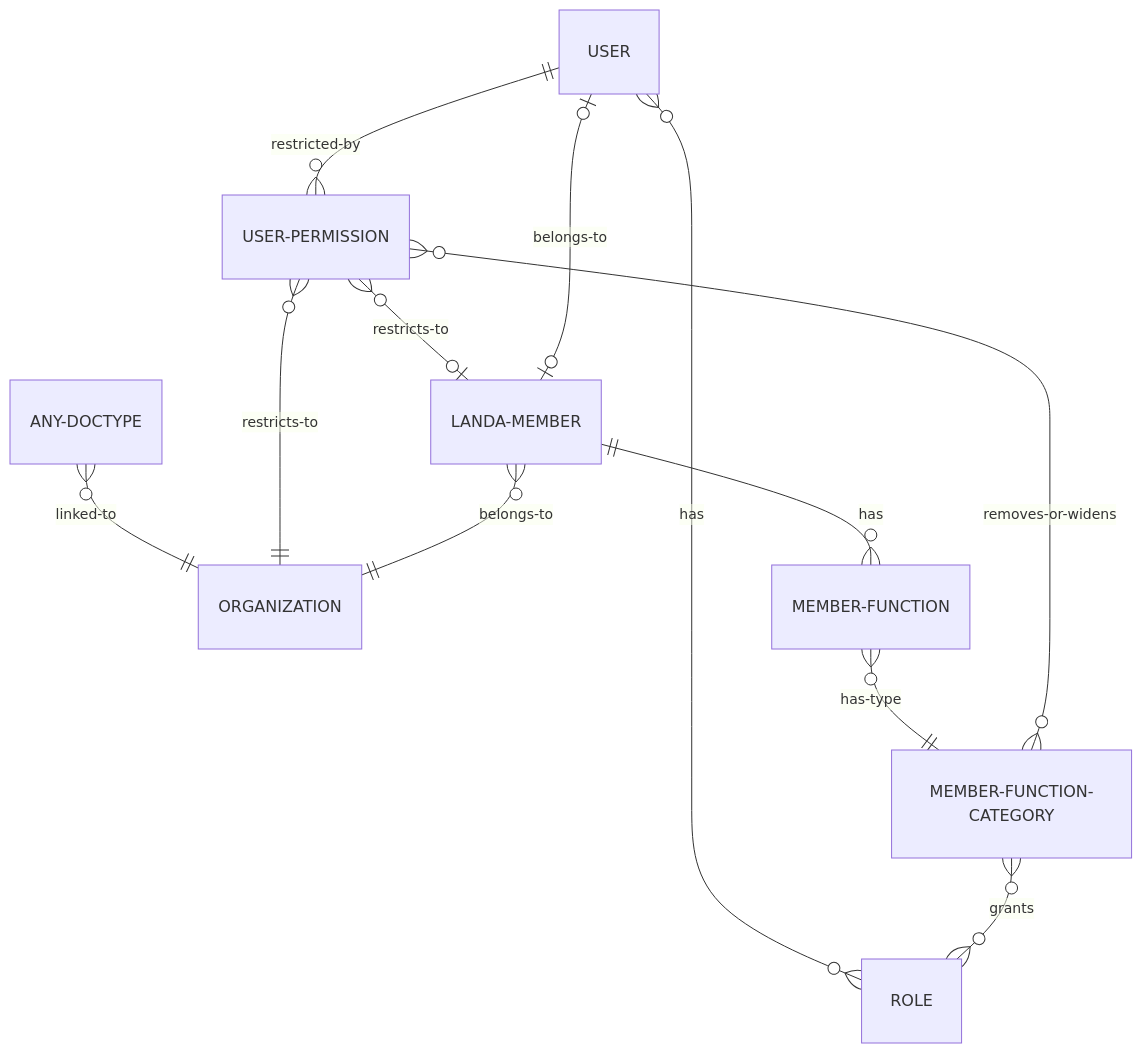
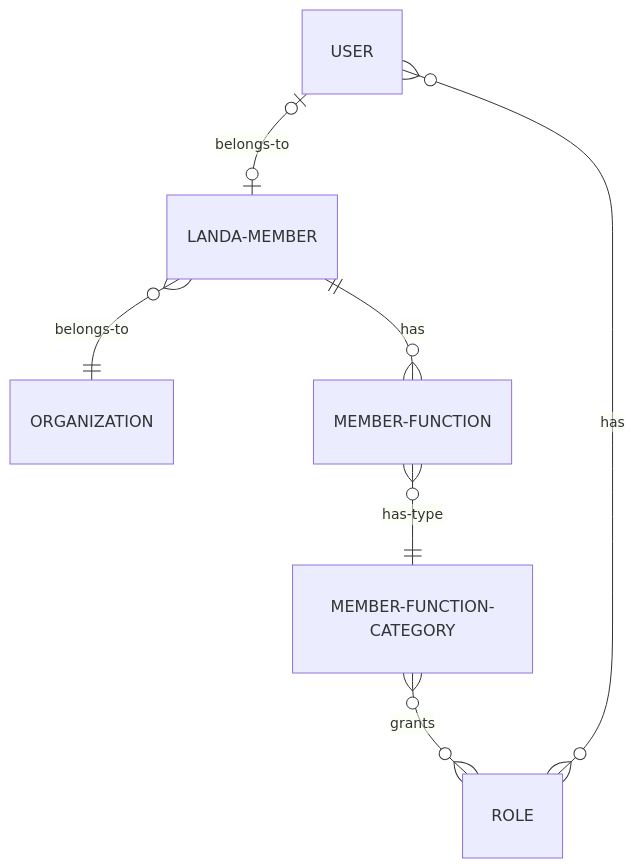
Before and after one commit to alyf-de/landa: the first of 2 diagrams in docs/permissions.md, drawn with Mermaid. The commit also changed other lines of this file, not shown here.

Commit message:
docs: split permissions diagram into data model and sync flow

````diff
--- a/docs/permissions.md
+++ b/docs/permissions.md
@@ -24,14 +26,9 @@
 ```mermaid
 erDiagram
-    USER ||--o{ USER-PERMISSION : restricted-by
-    ANY-DOCTYPE }o--|| ORGANIZATION : linked-to
-    USER }o--o{ ROLE : has
-    USER-PERMISSION }o--|| ORGANIZATION : restricts-to
-    USER-PERMISSION }o--o| LANDA-MEMBER : restricts-to
     USER |o--o| LANDA-MEMBER : belongs-to
     LANDA-MEMBER }o--|| ORGANIZATION : belongs-to
     LANDA-MEMBER ||--o{ MEMBER-FUNCTION : has
     MEMBER-FUNCTION }o--|| MEMBER-FUNCTION-CATEGORY : has-type
     MEMBER-FUNCTION-CATEGORY }o--o{ ROLE : grants
-    MEMBER-FUNCTION-CATEGORY }o--o{ USER-PERMISSION : removes-or-widens
+    USER }o--o{ ROLE : has
 ```
````
